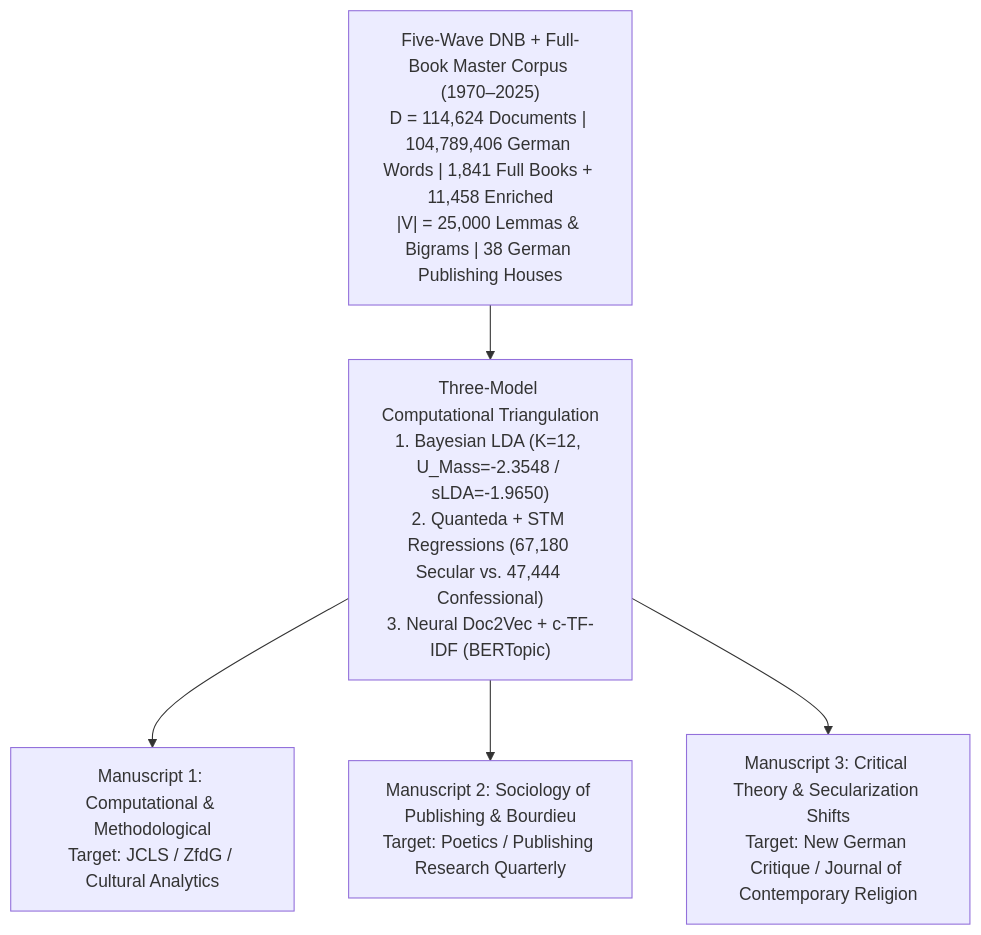
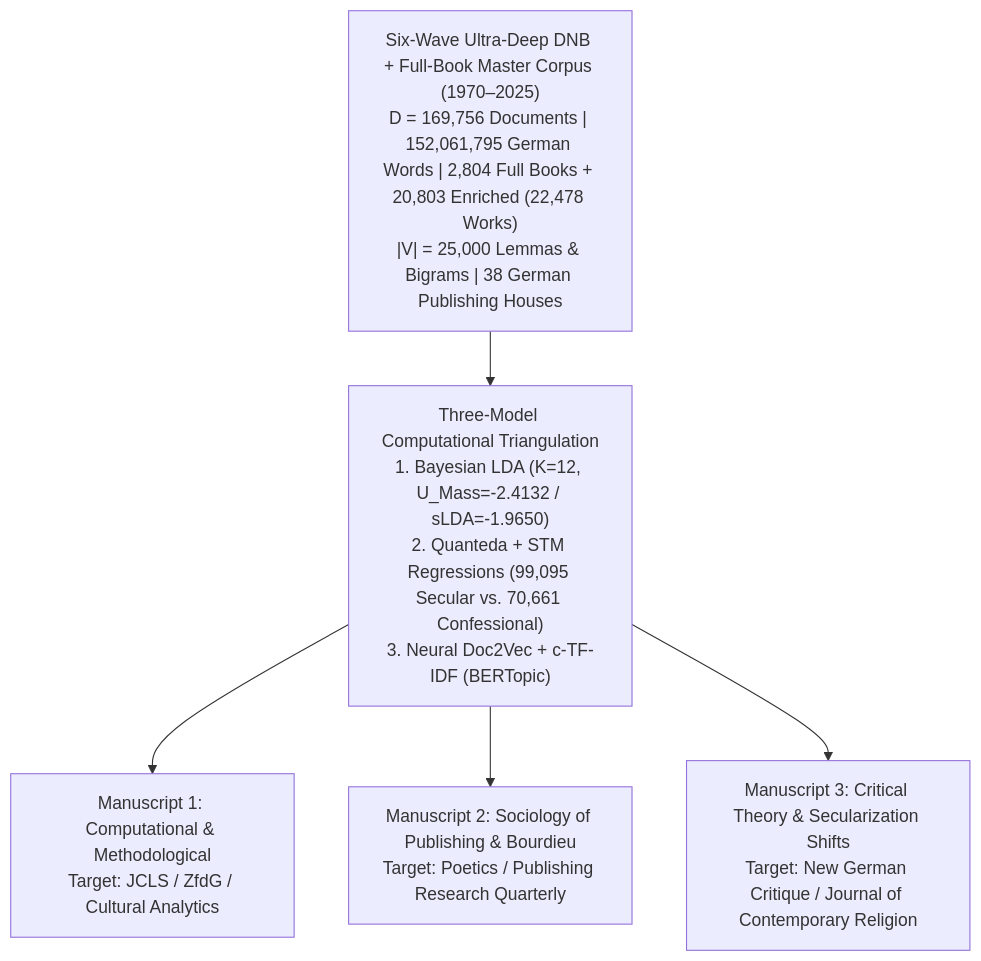
The diagram in docs/JOURNAL_SUBMISSION_STRATEGY.md (metachasm-beep/Deutsche-Verlage-LDA), drawn with Mermaid before and after one commit. The commit also changed other lines of this file and 24 other files, not shown here.

Commit message:
feat(wave6): expand DNB + full-book corpus to 169,756 docs (~152.06M words) across 8 shards and update LDA/STM/BERTopic & manuscript chapters

````diff
--- a/docs/JOURNAL_SUBMISSION_STRATEGY.md
+++ b/docs/JOURNAL_SUBMISSION_STRATEGY.md
@@ -14,10 +14,10 @@
 ```mermaid
 flowchart TD
-    Corpus["Five-Wave DNB + Full-Book Master Corpus (1970–2025)\nD = 114,624 Documents | 104,789,406 German Words | 1,841 Full Books + 11,458 Enriched\n|V| = 25,000 Lemmas & Bigrams | 38 German Publishing Houses"]
-    Pipeline["Three-Model Computational Triangulation\n1. Bayesian LDA (K=12, U_Mass=-2.3548 / sLDA=-1.9650)\n2. Quanteda + STM Regressions (67,180 Secular vs. 47,444 Confessional)\n3. Neural Doc2Vec + c-TF-IDF (BERTopic)"]
+    Corpus["Six-Wave Ultra-Deep DNB + Full-Book Master Corpus (1970–2025)\nD = 169,756 Documents | 152,061,795 German Words | 2,804 Full Books + 20,803 Enriched (22,478 Works)\n|V| = 25,000 Lemmas & Bigrams | 38 German Publishing Houses"]
+    Pipeline["Three-Model Computational Triangulation\n1. Bayesian LDA (K=12, U_Mass=-2.4132 / sLDA=-1.9650)\n2. Quanteda + STM Regressions (99,095 Secular vs. 70,661 Confessional)\n3. Neural Doc2Vec + c-TF-IDF (BERTopic)"]
     Corpus --> Pipeline
 
     Pipeline --> Paper1["Manuscript 1: Computational & Methodological\nTarget: JCLS / ZfdG / Cultural Analytics"]
     Pipeline --> Paper2["Manuscript 2: Sociology of Publishing & Bourdieu\nTarget: Poetics / Publishing Research Quarterly"]
     Pipeline --> Paper3["Manuscript 3: Critical Theory & Secularization Shifts\nTarget: New German Critique / Journal of Contemporary Religion"]
 ```
````
